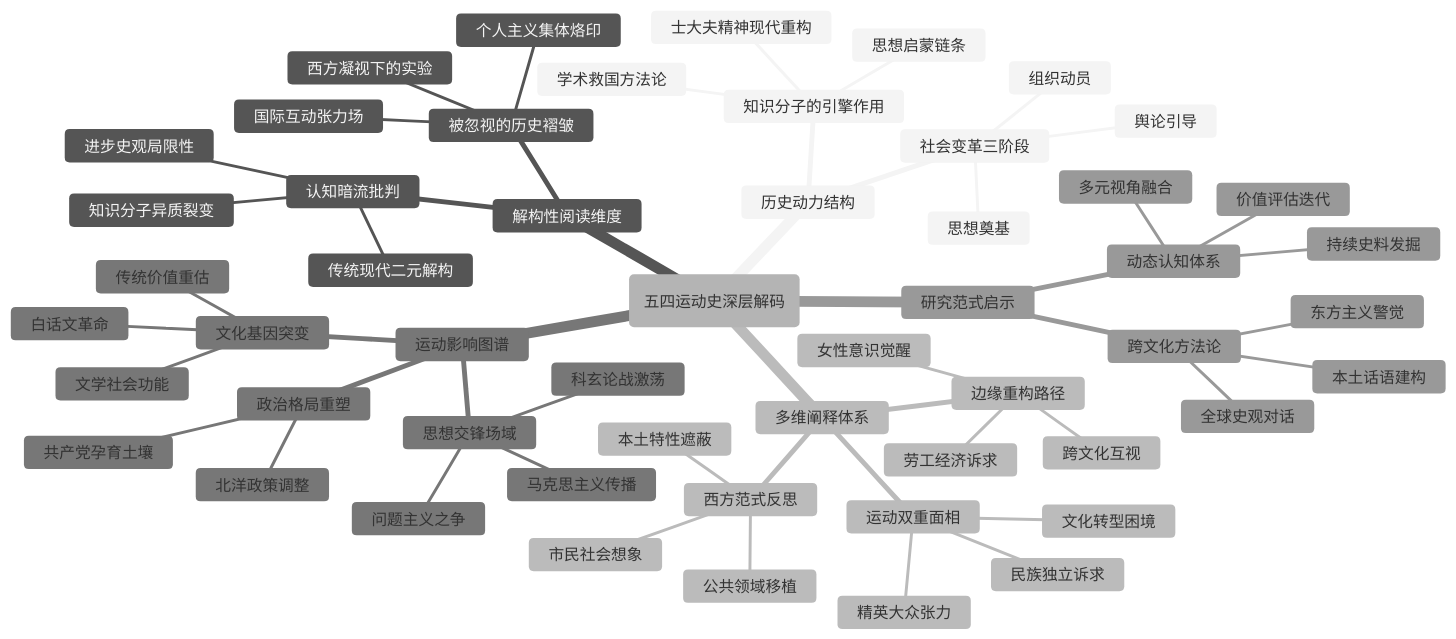
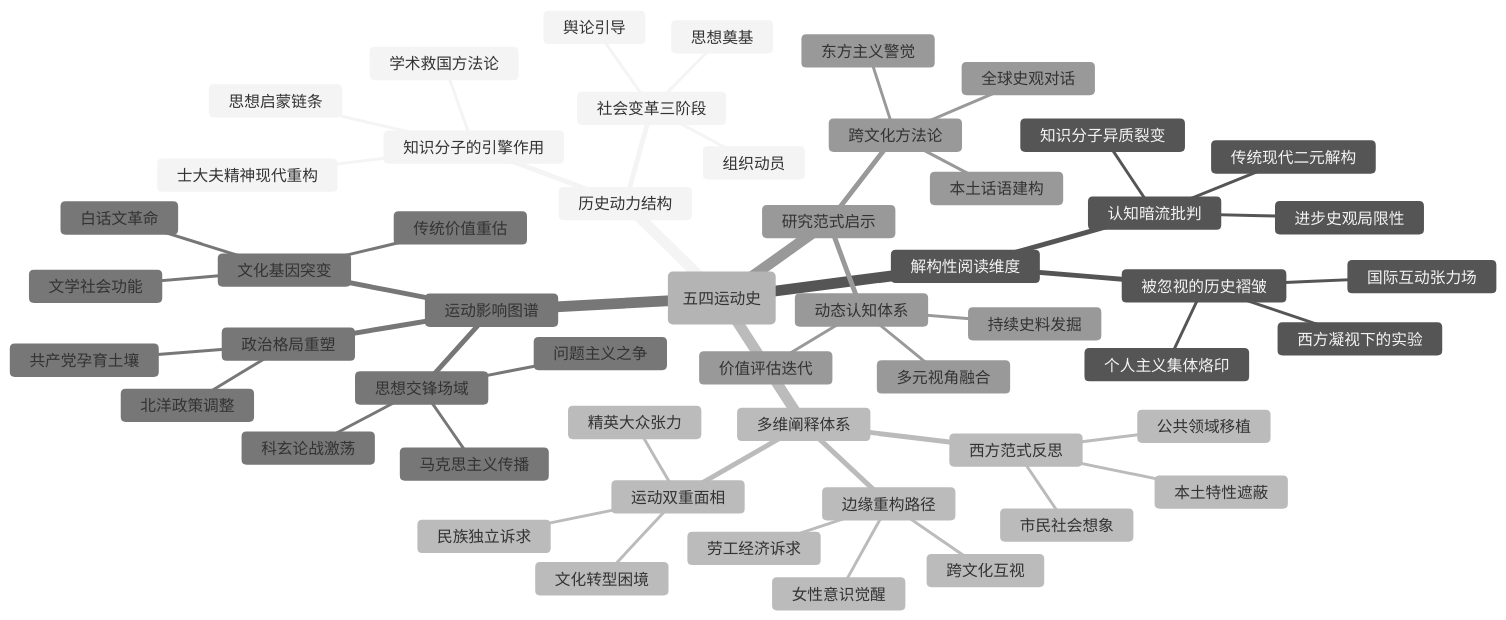
The diagram in 读书/中国历史/五四运动史——周策纵.md (funloss/funKnowledge), drawn with Mermaid (neutral theme) before and after one commit. The commit also changed 74 other files, not shown here.

````diff
--- a/读书/中国历史/五四运动史——周策纵.md
+++ b/读书/中国历史/五四运动史——周策纵.md
@@ -2,56 +2,56 @@
 ```mermaid
 mindmap
-  root(五四运动史深层解码)
+  root(五四运动史)
     历史动力结构
       知识分子的引擎作用
         士大夫精神现代重构
         学术救国方法论
         思想启蒙链条
       社会变革三阶段
         思想奠基
         组织动员
         舆论引导
     解构性阅读维度
       被忽视的历史褶皱
         个人主义集体烙印
         西方凝视下的实验
         国际互动张力场
       认知暗流批判
         传统现代二元解构
         知识分子异质裂变
         进步史观局限性
     多维阐释体系
       运动双重面相
         民族独立诉求
         文化转型困境
         精英大众张力
       边缘重构路径
         劳工经济诉求
         女性意识觉醒
         跨文化互视
       西方范式反思
         公共领域移植
         市民社会想象
         本土特性遮蔽
     运动影响图谱
       政治格局重塑
         北洋政策调整
         共产党孕育土壤
       文化基因突变
         白话文革命
         传统价值重估
         文学社会功能
       思想交锋场域
         问题主义之争
         科玄论战激荡
         马克思主义传播
     研究范式启示
       动态认知体系
         持续史料发掘
         多元视角融合
         价值评估迭代
       跨文化方法论
         东方主义警觉
         本土话语建构
         全球史观对话
 ``` 
````
